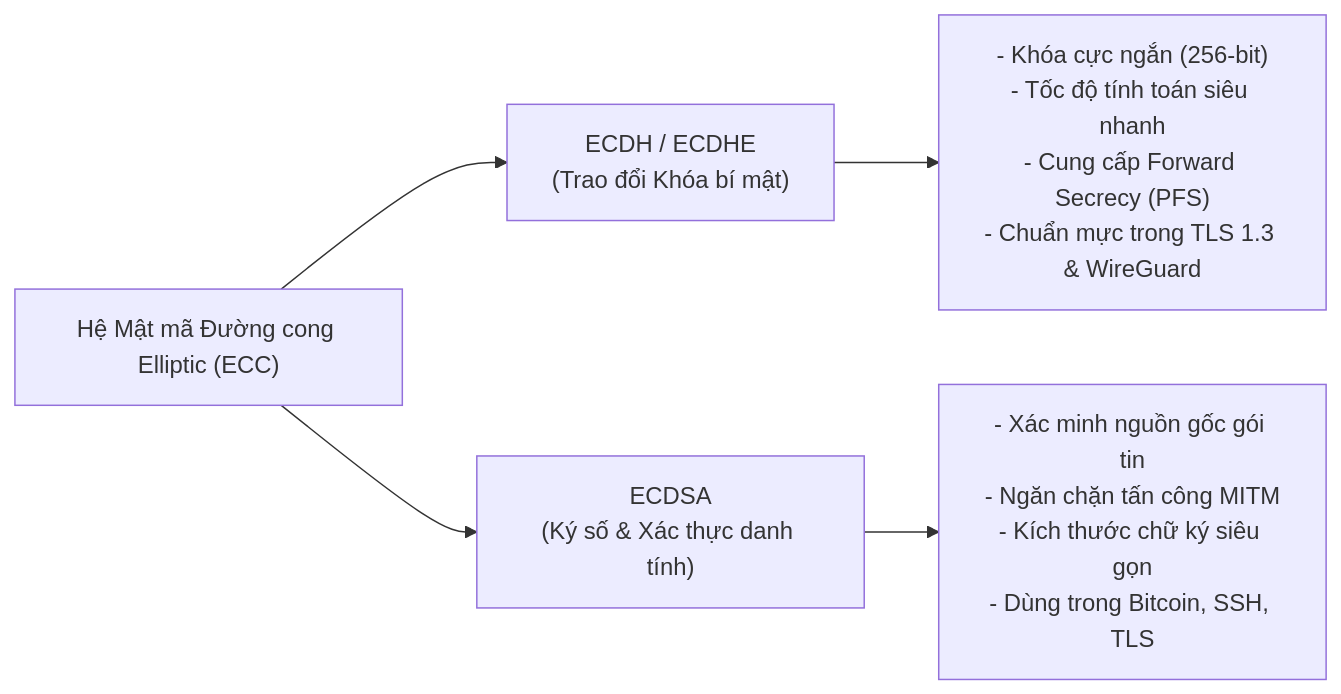
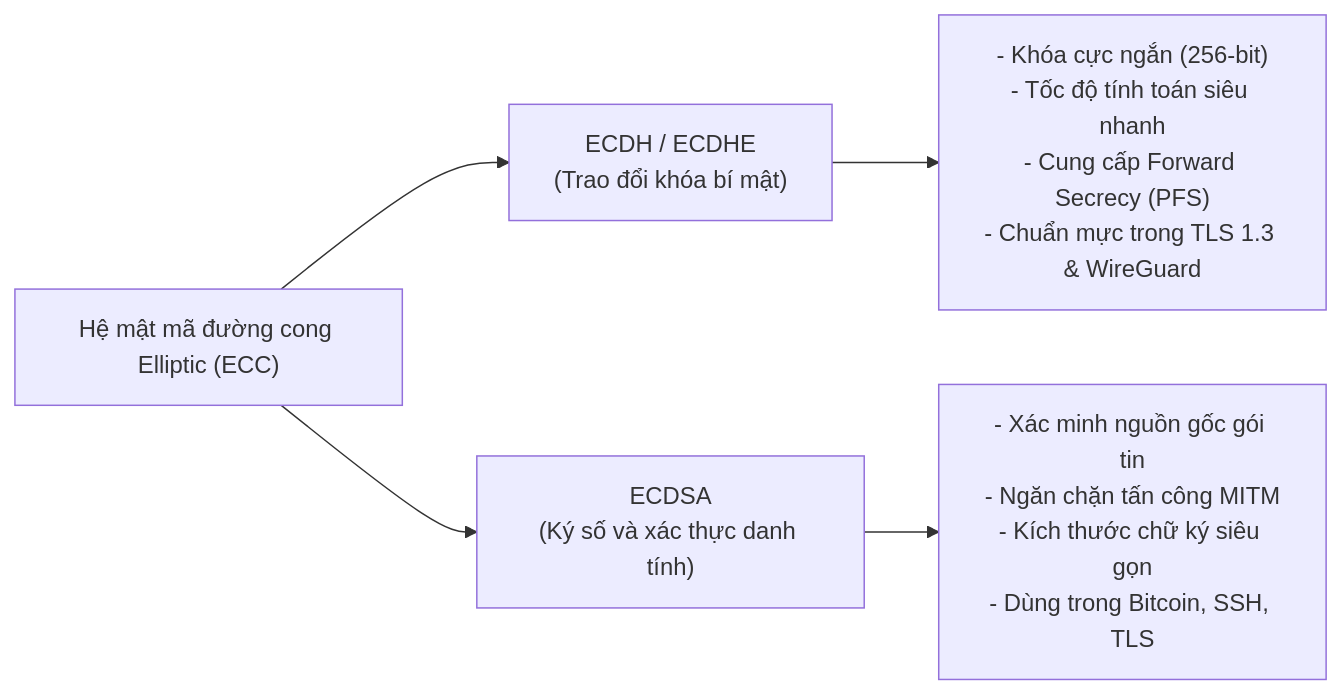
Before and after one commit to phattvh/HackTheBox_Translate: the second of 3 diagrams in Junior Cybersecurity Analyst/3. Introduction to Networking/18. Key Exchange Mechanisms.md, drawn with Mermaid. The commit also changed other lines of this file and 5 other files, not shown here.

````diff
--- a/Junior Cybersecurity Analyst/3. Introduction to Networking/18. Key Exchange Mechanisms.md
+++ b/Junior Cybersecurity Analyst/3. Introduction to Networking/18. Key Exchange Mechanisms.md
@@ -70,9 +70,9 @@
 ```mermaid
 graph LR
-    ECC["Hệ Mật mã Đường cong Elliptic (ECC)"]
-    ECC --> ECDH["ECDH / ECDHE<br/>(Trao đổi Khóa bí mật)"]
-    ECC --> ECDSA["ECDSA<br/>(Ký số & Xác thực danh tính)"]
+    ECC["Hệ mật mã đường cong Elliptic (ECC)"]
+    ECC --> ECDH["ECDH / ECDHE<br/>(Trao đổi khóa bí mật)"]
+    ECC --> ECDSA["ECDSA<br/>(Ký số và xác thực danh tính)"]
     
     ECDH --> ECDH_Feature["- Khóa cực ngắn (256-bit)<br/>- Tốc độ tính toán siêu nhanh<br/>- Cung cấp Forward Secrecy (PFS)<br/>- Chuẩn mực trong TLS 1.3 & WireGuard"]
     ECDSA --> ECDSA_Feature["- Xác minh nguồn gốc gói tin<br/>- Ngăn chặn tấn công MITM<br/>- Kích thước chữ ký siêu gọn<br/>- Dùng trong Bitcoin, SSH, TLS"]
 ```
````
